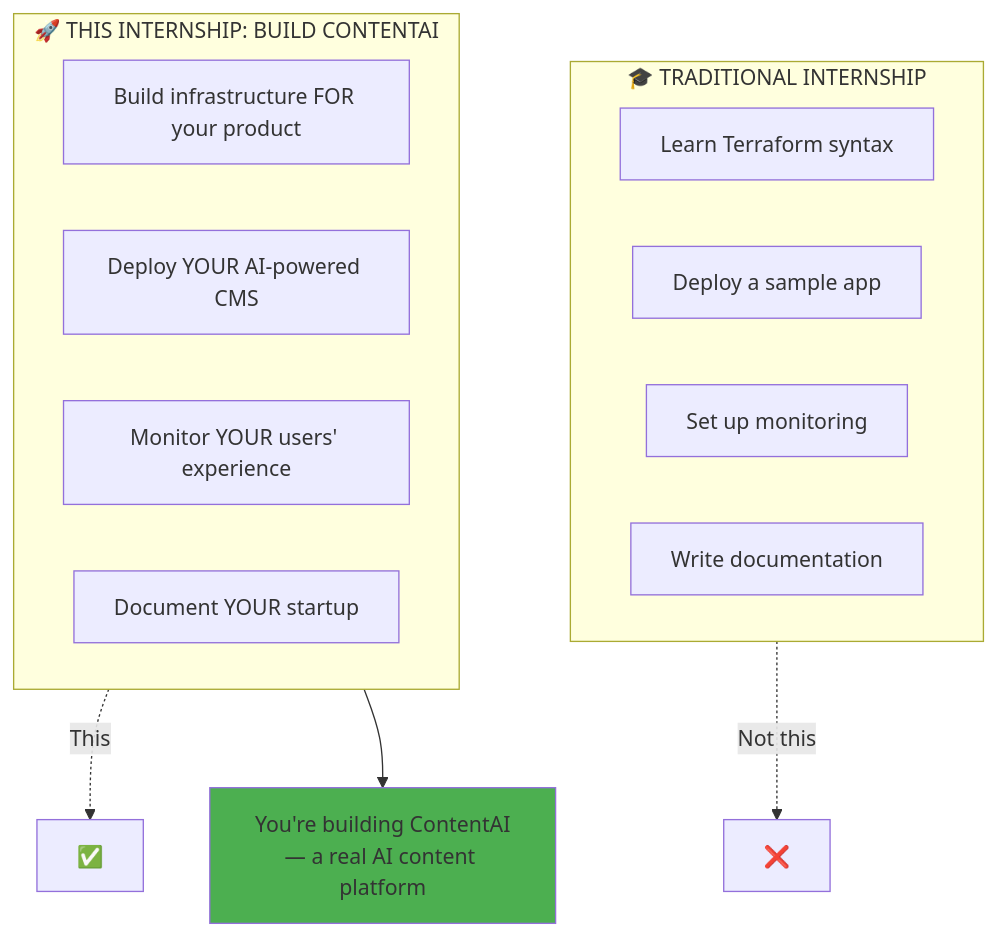
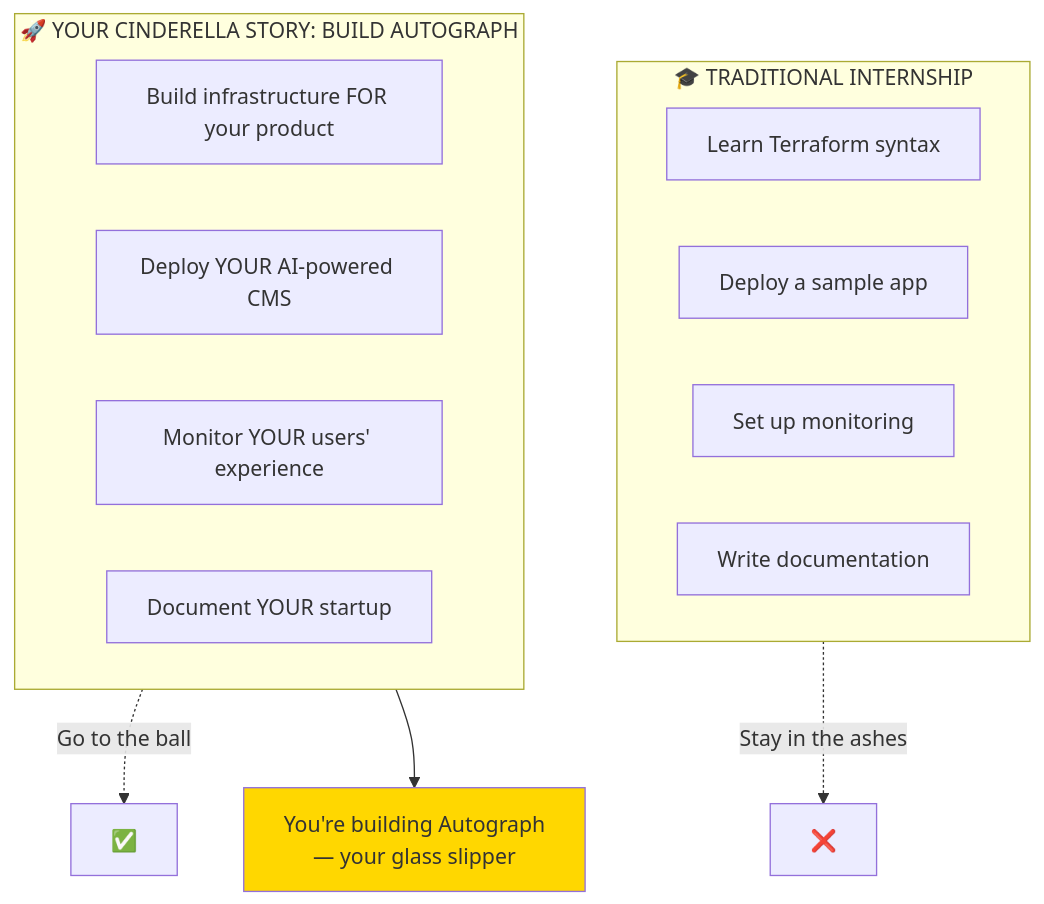
Before and after one commit to PearlThoughtsInternship/Internship-Obsidian-Vault: the second of 5 diagrams in DevOps/04-Internship/01-Before-You-Begin.md, drawn with Mermaid. The commit also changed other lines of this file and 1 other file, not shown here.

First line of the commit message:
rebrand: Autograph with Cinderella narrative

````diff
--- a/DevOps/04-Internship/01-Before-You-Begin.md
+++ b/DevOps/04-Internship/01-Before-You-Begin.md
@@ -69,25 +92,25 @@
 ```mermaid
 flowchart TB
     subgraph Traditional["🎓 TRADITIONAL INTERNSHIP"]
         T1["Learn Terraform syntax"]
         T2["Deploy a sample app"]
         T3["Set up monitoring"]
         T4["Write documentation"]
     end
 
-    subgraph Startup["🚀 THIS INTERNSHIP: BUILD CONTENTAI"]
+    subgraph Startup["🚀 YOUR CINDERELLA STORY: BUILD AUTOGRAPH"]
         P1["Build infrastructure FOR your product"]
         P2["Deploy YOUR AI-powered CMS"]
         P3["Monitor YOUR users' experience"]
         P4["Document YOUR startup"]
     end
 
-    Traditional -.->|"Not this"| X["❌"]
-    Startup -.->|"This"| Y["✅"]
+    Traditional -.->|"Stay in the ashes"| X["❌"]
+    Startup -.->|"Go to the ball"| Y["✅"]
 
-    Result["You're building ContentAI<br/>— a real AI content platform"]
+    Result["You're building Autograph<br/>— your glass slipper"]
 
     Startup --> Result
 
-    style Result fill:#4CAF50
+    style Result fill:#FFD700
 ```
````
